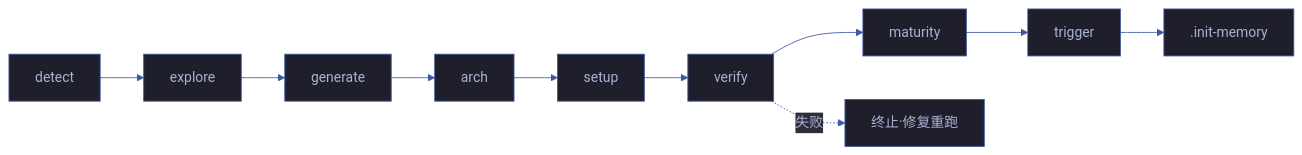
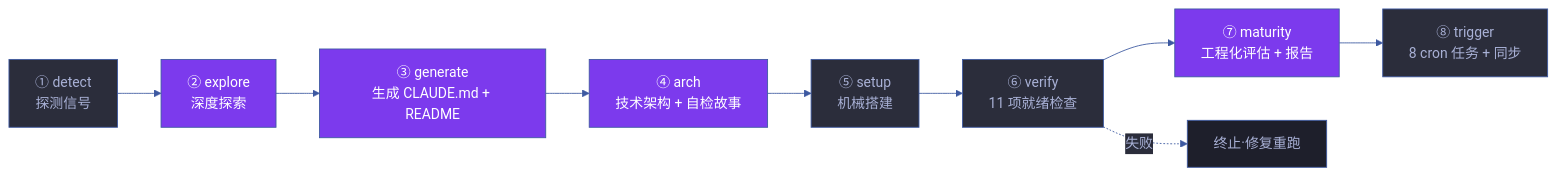
One commit to effiy/YrY changed the first of 3 diagrams in skills/rui-init/SKILL.md. Above: the diagram before and after it, drawn with Mermaid. The commit also changed other lines of this file and 1028 other files, not shown here.

````diff
--- a/skills/rui-init/SKILL.md
+++ b/skills/rui-init/SKILL.md
@@ -16,13 +22,22 @@
 ```mermaid
 %%{init: {'theme': 'base', 'themeVariables': {
   'primaryColor': '#1e1f2b',
   'primaryTextColor': '#a9b1d6',
   'primaryBorderColor': '#3d59a1',
   'lineColor': '#3d59a1',
   'secondaryColor': '#2b2d3b',
   'tertiaryColor': '#21232f'
 }}}%%
 flowchart LR
-    P1[detect]:::s --> P2[explore]:::llm --> P3[generate]:::llm --> P4[arch]:::llm --> P5[setup]:::s --> P6[verify]:::s --> P7[maturity]:::llm --> P8[trigger]:::s --> P9[.init-memory]
-    P6 -.失败.-> Fix[终止·修复重跑]
+    P1["① detect<br/>探测信号"]:::s --> P2["② explore<br/>深度探索"]:::llm
+    P2 --> P3["③ generate<br/>生成 CLAUDE.md + README"]:::llm
+    P3 --> P4["④ arch<br/>技术架构 + 自检故事"]:::llm
+    P4 --> P5["⑤ setup<br/>机械搭建"]:::s
+    P5 --> P6["⑥ verify<br/>11 项就绪检查"]:::s
+    P6 --> P7["⑦ maturity<br/>工程化评估 + 报告"]:::llm
+    P7 --> P8["⑧ trigger<br/>8 cron 任务 + 同步"]:::s
+    P6 -.失败.-> Fix["终止·修复重跑"]
+
+    classDef s fill:#2b2d3b,stroke:#3d59a1,color:#a9b1d6
+    classDef llm fill:#7c3aed,color:#fff
 ```
````
